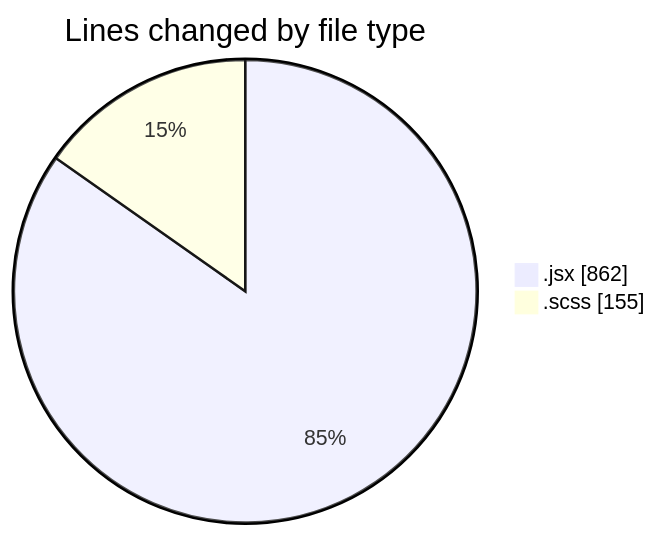
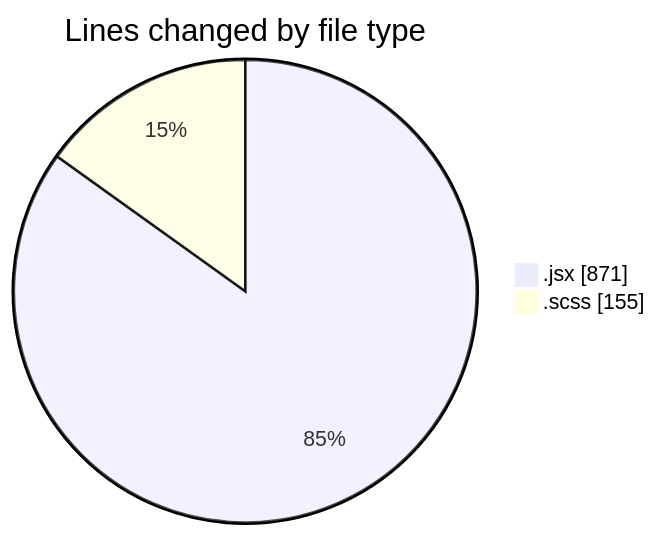
Before and after one commit to momahboobian/code-tracking: the first of 2 diagrams in 2026-09-02/cda/README.md, drawn with Mermaid. The commit also changed other lines of this file and 1 other file, not shown here.

````diff
--- a/2026-09-02/cda/README.md
+++ b/2026-09-02/cda/README.md
@@ -24,6 +24,6 @@
 ```mermaid
 pie showData
 title Lines changed by file type
-".jsx" : 862
+".jsx" : 871
 ".scss" : 155
 ```
````
